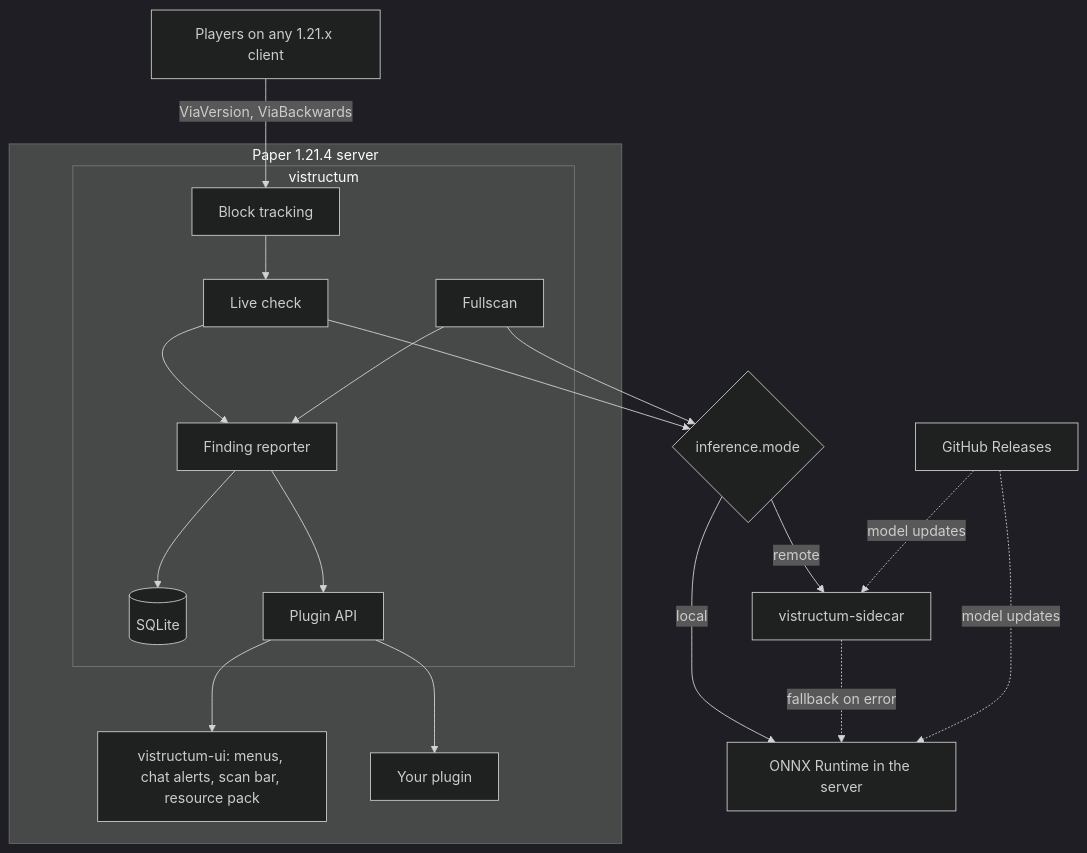
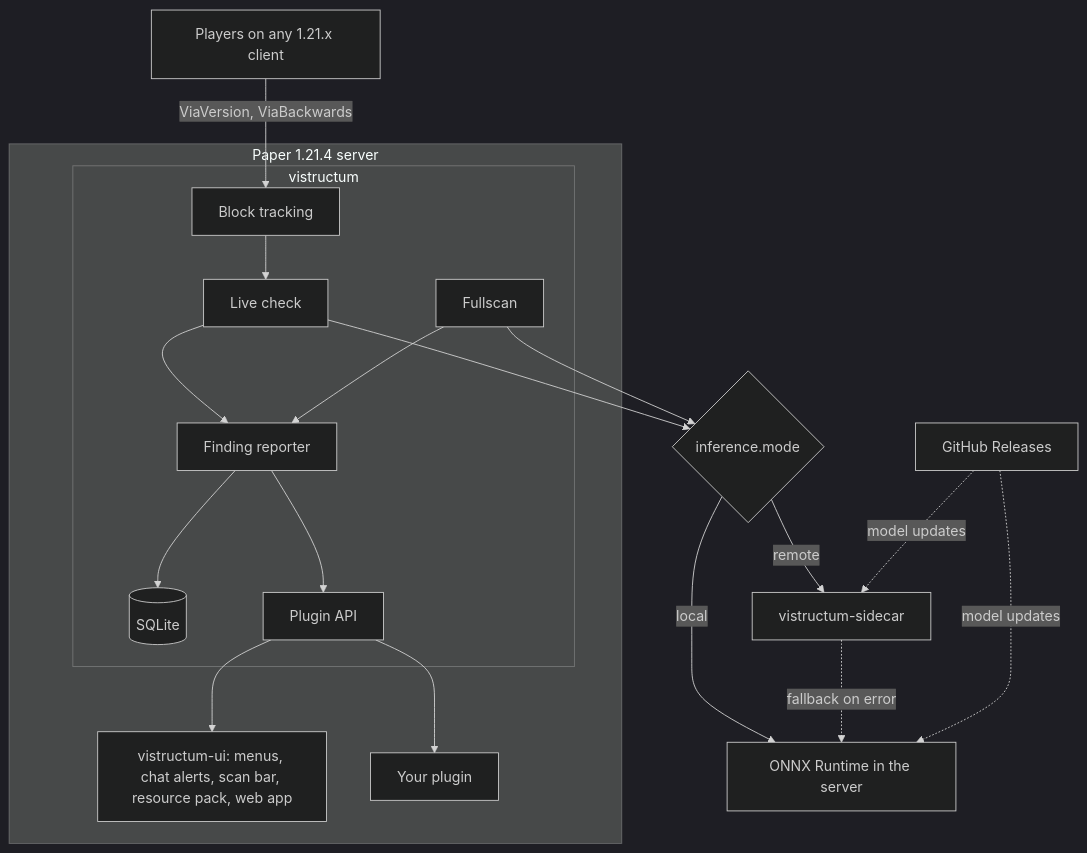
One commit to KyleKreuter/vistructum changed the diagram in README.md. Above: the diagram before and after it, drawn with Mermaid (dark theme). The commit also changed other lines of this file, not shown here.

Commit message:
Document the web app, evidence recording, public links and the split retention

````diff
--- a/README.md
+++ b/README.md
@@ -35,25 +38,25 @@
 ```mermaid
 flowchart TB
     players["Players on any 1.21.x client"] -->|"ViaVersion, ViaBackwards"| tracking
 
     subgraph server["Paper 1.21.4 server"]
         subgraph core["vistructum"]
             tracking["Block tracking"] --> live["Live check"]
             fullscan["Fullscan"]
             live --> reporter["Finding reporter"]
             fullscan --> reporter
             reporter --> db[("SQLite")]
             reporter --> api["Plugin API"]
         end
-        api --> ui["vistructum-ui: menus, chat alerts, scan bar, resource pack"]
+        api --> ui["vistructum-ui: menus, chat alerts, scan bar, resource pack, web app"]
         api --> yours["Your plugin"]
     end
 
     live --> inference{"inference.mode"}
     fullscan --> inference
     inference -->|local| onnx["ONNX Runtime in the server"]
     inference -->|remote| sidecar["vistructum-sidecar"]
     sidecar -.->|"fallback on error"| onnx
     releases["GitHub Releases"] -.->|"model updates"| onnx
     releases -.->|"model updates"| sidecar
 ```
````
